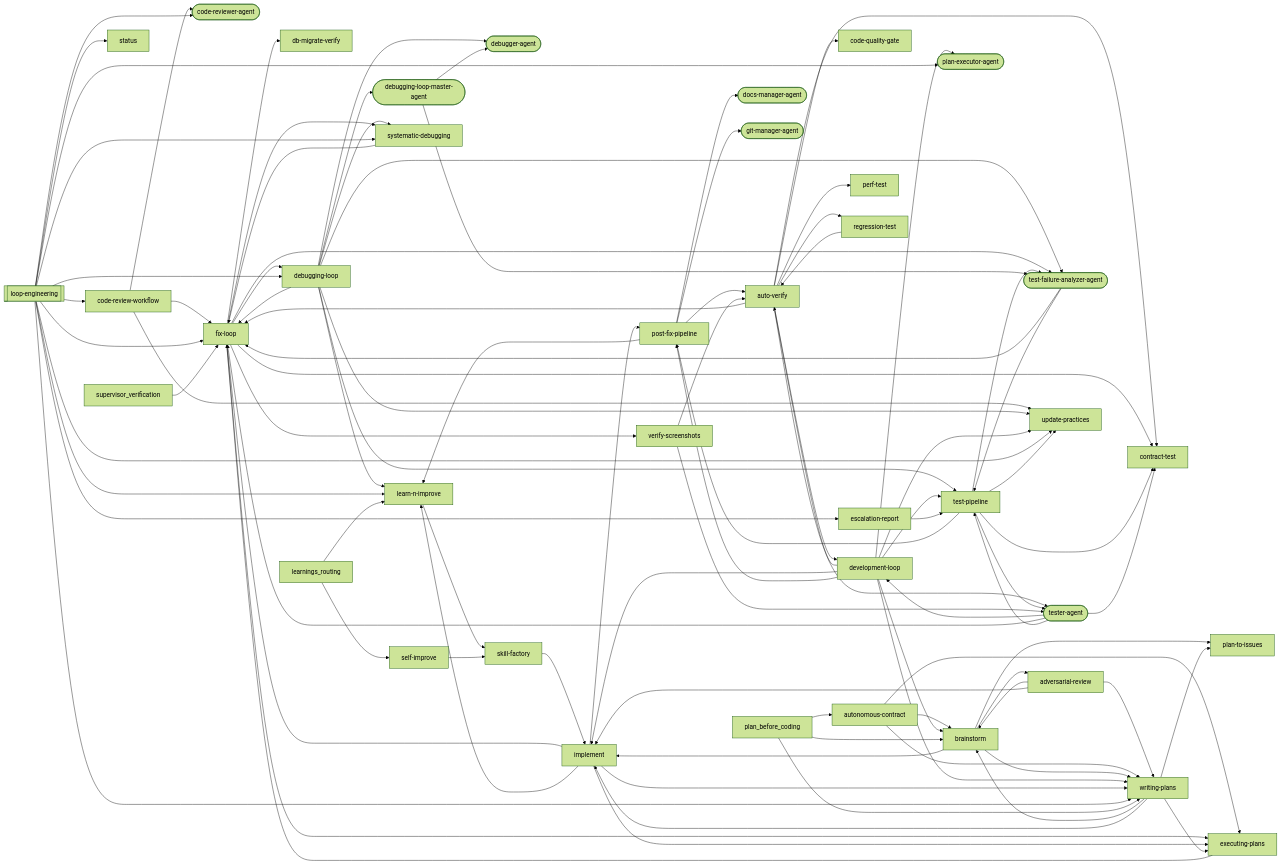
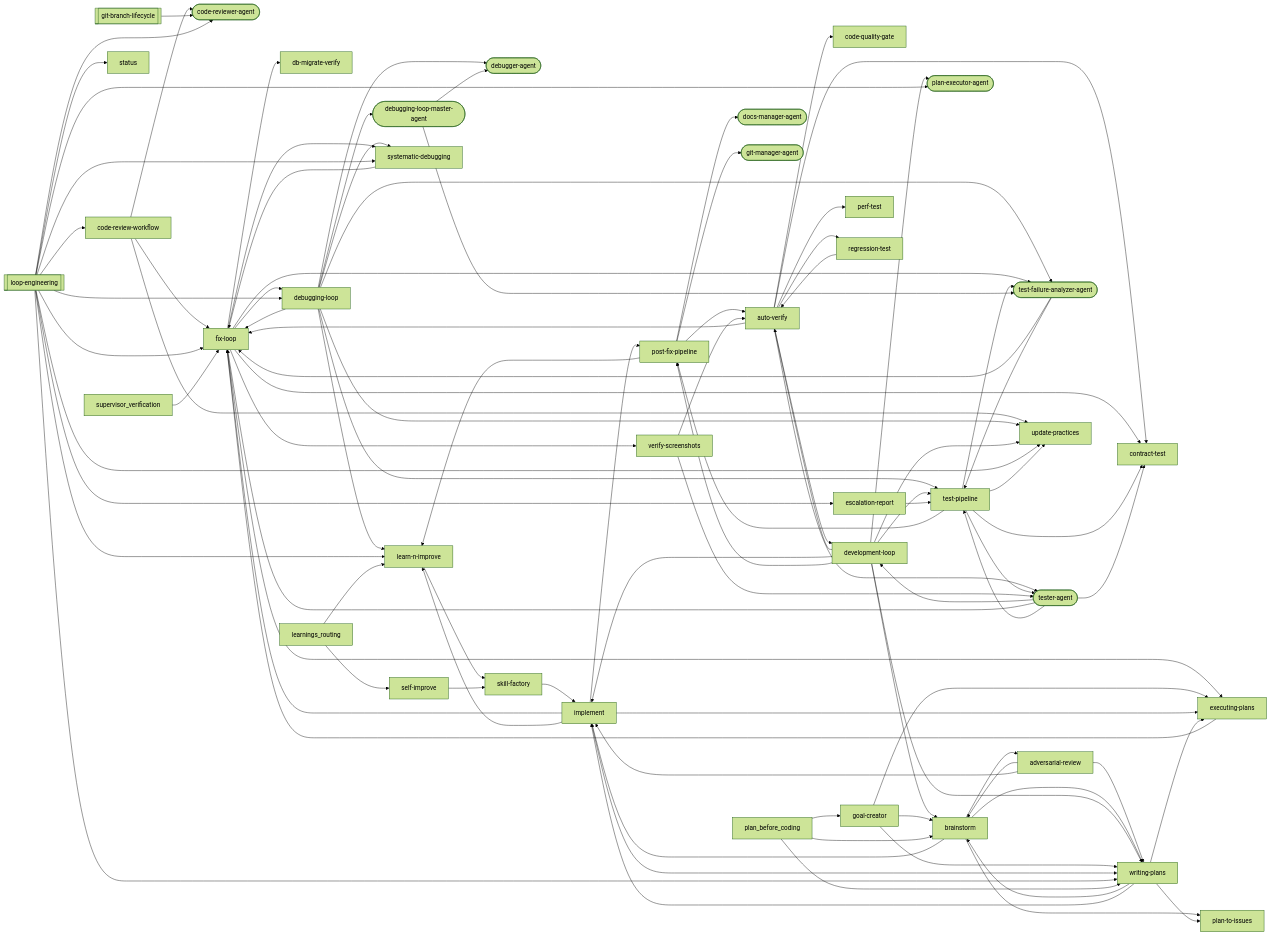
One commit to abhayla/claude-best-practices changed the second of 30 diagrams in docs/workflows/loop-engineering.md. Above: the diagram before and after it, drawn with Mermaid (forest theme). The commit also changed other lines of this file and 5 other files, not shown here.

````diff
--- a/docs/workflows/loop-engineering.md
+++ b/docs/workflows/loop-engineering.md
@@ -186,9 +189,9 @@
 ```mermaid
 graph LR
+    git_branch_lifecycle[["git-branch-lifecycle"]]
     loop_engineering[["loop-engineering"]]
     adversarial_review["adversarial-review"]
     auto_verify["auto-verify"]
-    autonomous_contract["autonomous-contract"]
     brainstorm["brainstorm"]
     code_quality_gate["code-quality-gate"]
     code_review_workflow["code-review-workflow"]
@@ -204,6 +207,7 @@
     executing_plans["executing-plans"]
     fix_loop["fix-loop"]
     git_manager_agent(["git-manager-agent"])
+    goal_creator["goal-creator"]
     implement["implement"]
     learn_n_improve["learn-n-improve"]
     perf_test["perf-test"]
@@ -231,9 +235,6 @@
     auto_verify --> perf_test
     auto_verify --> regression_test
     auto_verify --> tester_agent
-    autonomous_contract --> brainstorm
-    autonomous_contract --> executing_plans
-    autonomous_contract --> writing_plans
     brainstorm --> adversarial_review
     brainstorm --> implement
     brainstorm --> plan_to_issues
@@ -266,6 +267,10 @@
     fix_loop --> systematic_debugging
     fix_loop --> verify_screenshots
     fix_loop --> test_failure_analyzer_agent
+    git_branch_lifecycle --> code_reviewer_agent
+    goal_creator --> brainstorm
+    goal_creator --> executing_plans
+    goal_creator --> writing_plans
     implement --> executing_plans
     implement --> fix_loop
     implement --> learn_n_improve
@@ -312,8 +317,8 @@
     tester_agent --> test_pipeline
     learnings_routing --> learn_n_improve
     learnings_routing --> self_improve
-    plan_before_coding --> autonomous_contract
     plan_before_coding --> brainstorm
+    plan_before_coding --> goal_creator
     plan_before_coding --> writing_plans
     supervisor_verification --> fix_loop
 ```
````
